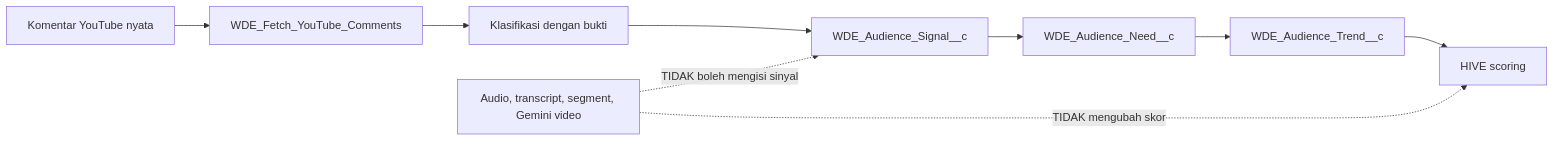
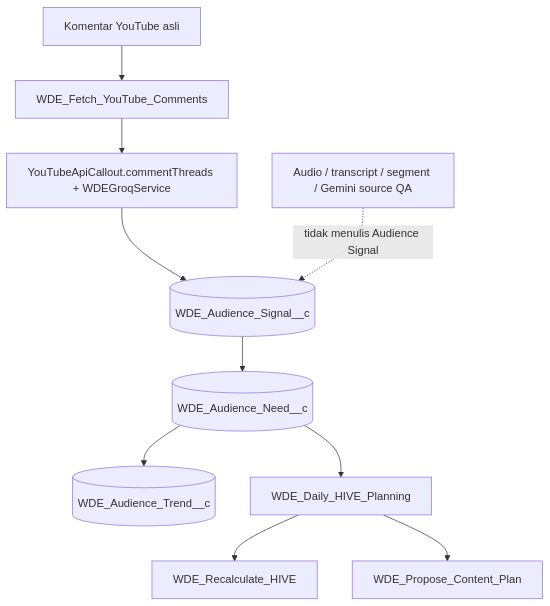
Diagram 12 of 28 in SADD-WDE.md (jimmytobing/Syntetic-Wisdom), drawn with Mermaid before and after one commit. The commit also changed other lines of this file, not shown here.

Commit message:
docs(wde): align visual SADD with two-workflow cleanup and label all Salesforce flows

````diff
--- a/SADD-WDE.md
+++ b/SADD-WDE.md
@@ -248,11 +254,12 @@
 ```mermaid
-flowchart LR
-  COMMENT["Komentar YouTube nyata"] --> FETCH["WDE_Fetch_YouTube_Comments"]
-  FETCH --> CLASS["Klasifikasi dengan bukti"]
-  CLASS --> SIG["WDE_Audience_Signal__c"]
-  SIG --> NEED["WDE_Audience_Need__c"]
-  NEED --> TREND["WDE_Audience_Trend__c"]
-  TREND --> HIVE["HIVE scoring"]
-  SOURCE["Audio, transcript, segment, Gemini video"] -. "TIDAK boleh mengisi sinyal" .-> SIG
-  SOURCE -. "TIDAK mengubah skor" .-> HIVE
+flowchart TD
+  C["Komentar YouTube asli"] --> FETCH["WDE_Fetch_YouTube_Comments"]
+  FETCH --> EXT["YouTubeApiCallout.commentThreads + WDEGroqService"]
+  EXT --> SIGNAL[("WDE_Audience_Signal__c")]
+  SIGNAL --> NEED[("WDE_Audience_Need__c")]
+  NEED --> TREND[("WDE_Audience_Trend__c")]
+  NEED --> DAILY["WDE_Daily_HIVE_Planning"]
+  DAILY --> REC["WDE_Recalculate_HIVE"]
+  DAILY --> PLAN["WDE_Propose_Content_Plan"]
+  SOURCE["Audio / transcript / segment / Gemini source QA"] -. "tidak menulis Audience Signal" .-> SIGNAL
 ```
````
